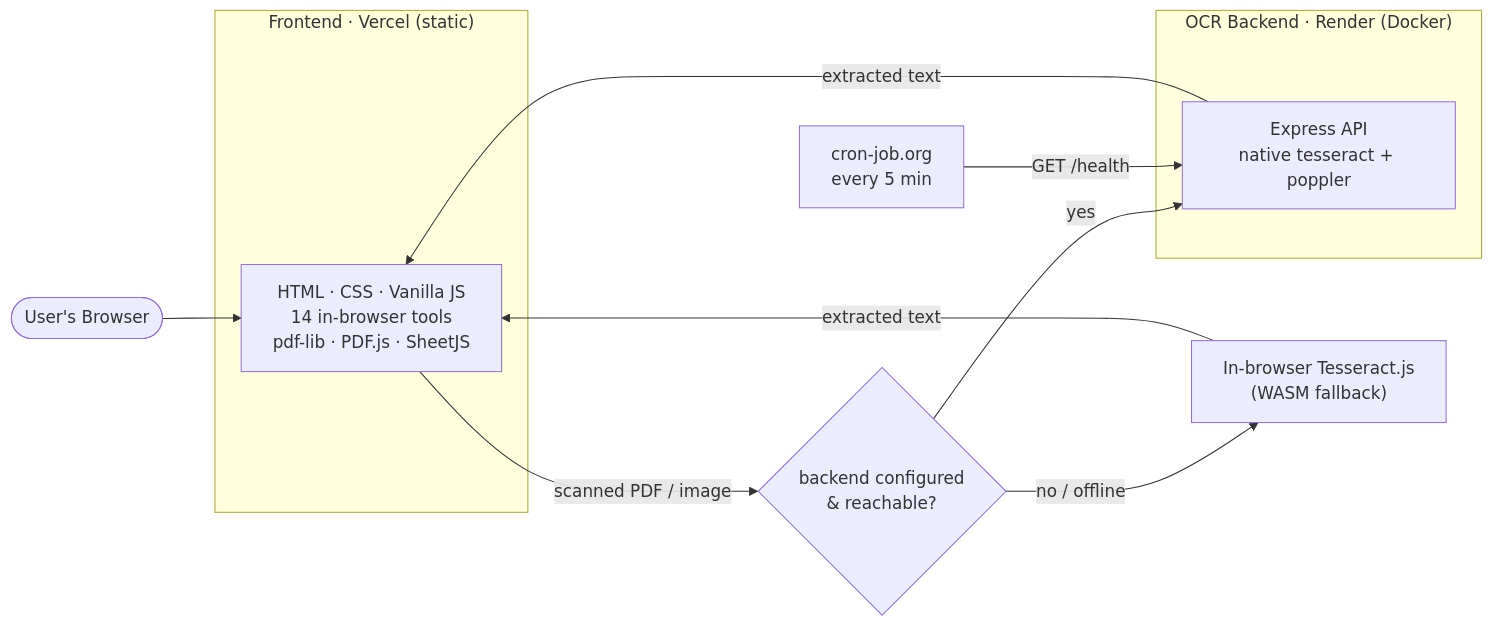
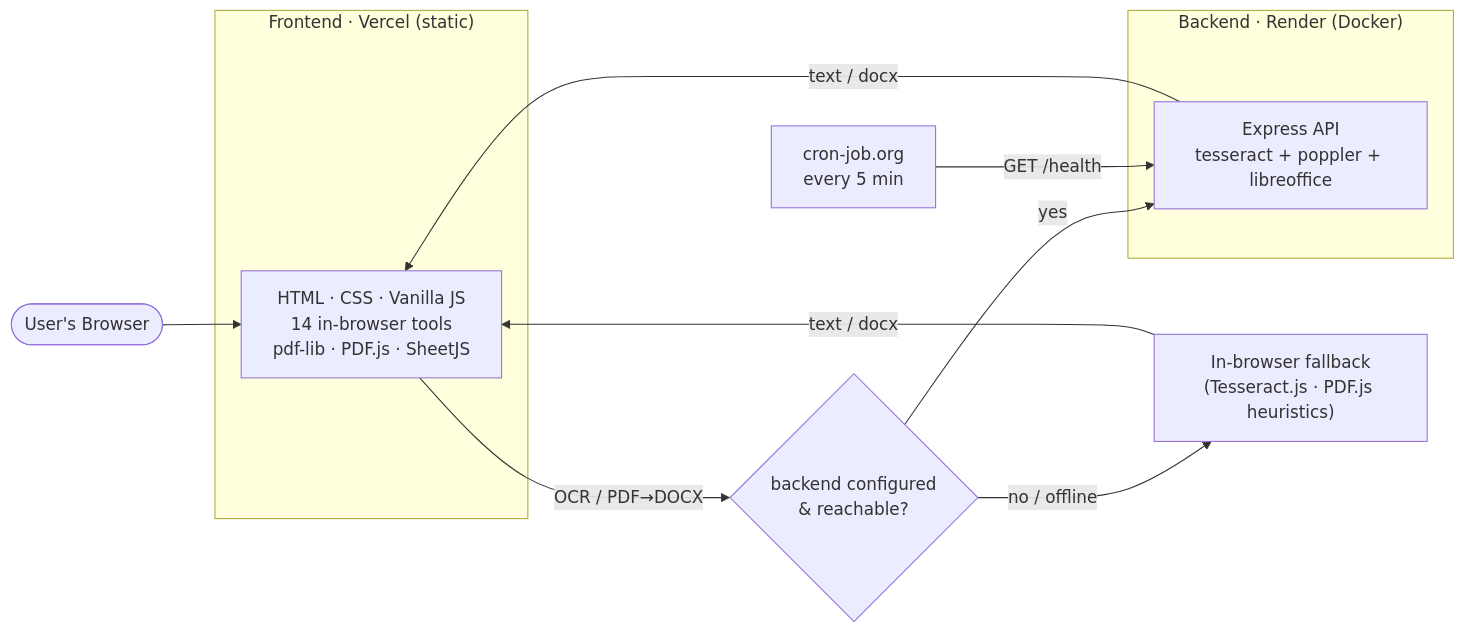
One commit to definitelynotDD/EasePDF changed the diagram in README.md. Above: the diagram before and after it, drawn with Mermaid. The commit also changed other lines of this file and 4 other files, not shown here.

````diff
--- a/README.md
+++ b/README.md
@@ -87,21 +99,21 @@
 ```mermaid
 flowchart LR
     U([User's Browser])
 
     subgraph V["Frontend · Vercel (static)"]
         FE["HTML · CSS · Vanilla JS<br/>14 in-browser tools<br/>pdf-lib · PDF.js · SheetJS"]
     end
 
-    subgraph R["OCR Backend · Render (Docker)"]
-        BE["Express API<br/>native tesseract + poppler"]
+    subgraph R["Backend · Render (Docker)"]
+        BE["Express API<br/>tesseract + poppler + libreoffice"]
     end
 
     U --> FE
-    FE -- "scanned PDF / image" --> Q{"backend configured<br/>& reachable?"}
+    FE -- "OCR / PDF→DOCX" --> Q{"backend configured<br/>& reachable?"}
     Q -- yes --> BE
-    Q -- "no / offline" --> WASM["In-browser Tesseract.js<br/>(WASM fallback)"]
-    BE -- "extracted text" --> FE
-    WASM -- "extracted text" --> FE
+    Q -- "no / offline" --> WASM["In-browser fallback<br/>(Tesseract.js · PDF.js heuristics)"]
+    BE -- "text / docx" --> FE
+    WASM -- "text / docx" --> FE
 
     CRON["cron-job.org<br/>every 5 min"] -- "GET /health" --> BE
 ```
````
